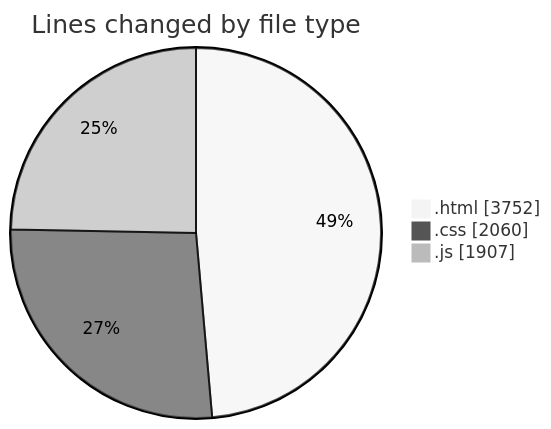
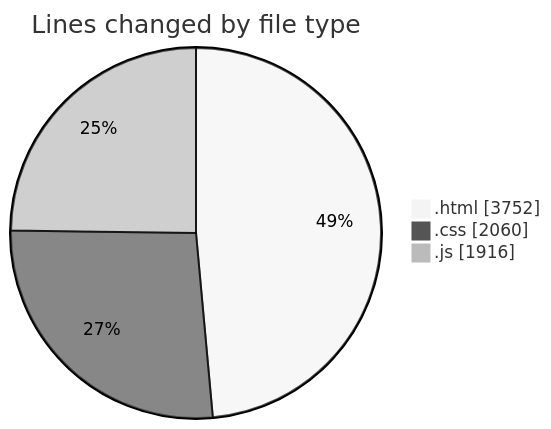
The first of 2 diagrams in 2025-05-24/projects/README.md (Ritupan-Deka/code-tracking), drawn with Mermaid (neutral theme) before and after one commit. The commit also changed other lines of this file and 1 other file, not shown here.

````diff
--- a/2025-05-24/projects/README.md
+++ b/2025-05-24/projects/README.md
@@ -25,7 +25,7 @@
 ```mermaid
 pie showData
 title Lines changed by file type
 ".html" : 3752
 ".css" : 2060
-".js" : 1907
+".js" : 1916
 ```
````
